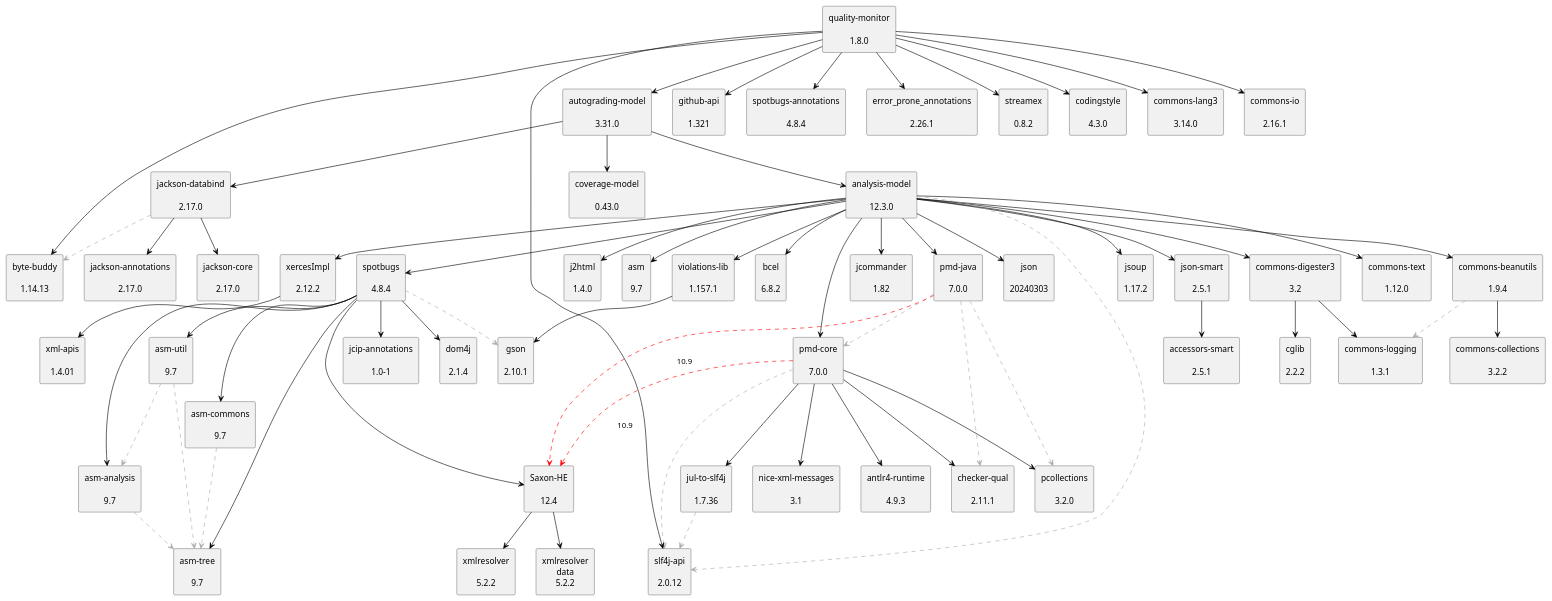
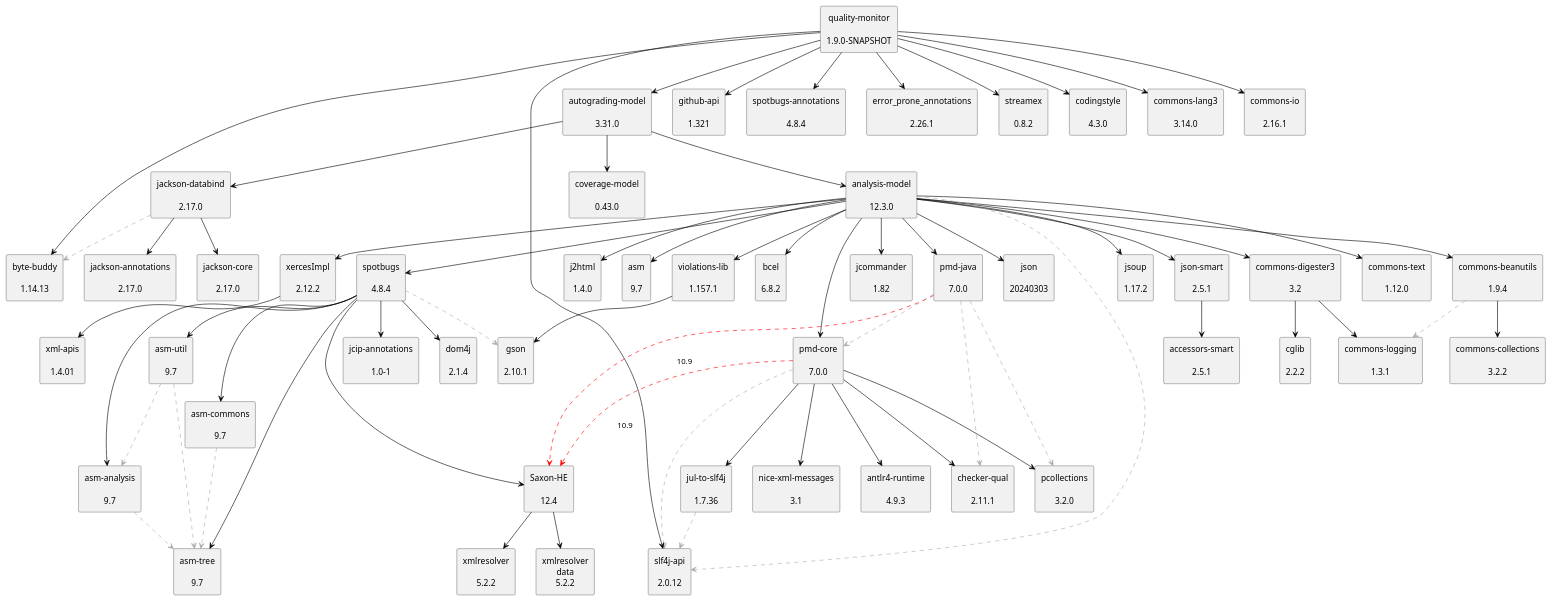
One commit to uhafner/quality-monitor changed the diagram in doc/dependency-graph.puml. Above: the diagram before and after it, drawn with PlantUML. The commit also changed 4 other files, not shown here.

```diff
--- a/doc/dependency-graph.puml
+++ b/doc/dependency-graph.puml
@@ -1,125 +1,125 @@
 @startuml
 skinparam defaultTextAlignment center
 skinparam rectangle {
   BackgroundColor<<optional>> beige
   BackgroundColor<<test>> lightGreen
   BackgroundColor<<runtime>> lightBlue
   BackgroundColor<<provided>> lightGray
 }
 rectangle "analysis-model\n\n12.3.0" as edu_hm_hafner_analysis_model_jar
 rectangle "jsoup\n\n1.17.2" as org_jsoup_jsoup_jar
 rectangle "commons-digester3\n\n3.2" as org_apache_commons_commons_digester3_jar
 rectangle "cglib\n\n2.2.2" as cglib_cglib_jar
 rectangle "commons-logging\n\n1.3.1" as commons_logging_commons_logging_jar
 rectangle "commons-beanutils\n\n1.9.4" as commons_beanutils_commons_beanutils_jar
 rectangle "commons-collections\n\n3.2.2" as commons_collections_commons_collections_jar
 rectangle "commons-text\n\n1.12.0" as org_apache_commons_commons_text_jar
 rectangle "violations-lib\n\n1.157.1" as se_bjurr_violations_violations_lib_jar
 rectangle "gson\n\n2.10.1" as com_google_code_gson_gson_jar
 rectangle "j2html\n\n1.4.0" as com_j2html_j2html_jar
 rectangle "xercesImpl\n\n2.12.2" as xerces_xercesImpl_jar
 rectangle "xml-apis\n\n1.4.01" as xml_apis_xml_apis_jar
 rectangle "asm\n\n9.7" as org_ow2_asm_asm_jar
 rectangle "asm-analysis\n\n9.7" as org_ow2_asm_asm_analysis_jar
 rectangle "asm-tree\n\n9.7" as org_ow2_asm_asm_tree_jar
 rectangle "spotbugs\n\n4.8.4" as com_github_spotbugs_spotbugs_jar
 rectangle "asm-commons\n\n9.7" as org_ow2_asm_asm_commons_jar
 rectangle "asm-util\n\n9.7" as org_ow2_asm_asm_util_jar
 rectangle "jcip-annotations\n\n1.0-1" as com_github_stephenc_jcip_jcip_annotations_jar
 rectangle "dom4j\n\n2.1.4" as org_dom4j_dom4j_jar
 rectangle "Saxon-HE\n\n12.4" as net_sf_saxon_Saxon_HE_jar
 rectangle "xmlresolver\n\n5.2.2" as org_xmlresolver_xmlresolver_jar
 rectangle "xmlresolver\ndata\n5.2.2" as org_xmlresolver_xmlresolver_jar_data
 rectangle "bcel\n\n6.8.2" as org_apache_bcel_bcel_jar
 rectangle "pmd-core\n\n7.0.0" as net_sourceforge_pmd_pmd_core_jar
 rectangle "slf4j-api\n\n2.0.12" as org_slf4j_slf4j_api_jar
 rectangle "jul-to-slf4j\n\n1.7.36" as org_slf4j_jul_to_slf4j_jar
 rectangle "antlr4-runtime\n\n4.9.3" as org_antlr_antlr4_runtime_jar
 rectangle "checker-qual\n\n2.11.1" as org_checkerframework_checker_qual_jar
 rectangle "pcollections\n\n3.2.0" as org_pcollections_pcollections_jar
 rectangle "nice-xml-messages\n\n3.1" as com_github_oowekyala_ooxml_nice_xml_messages_jar
 rectangle "jcommander\n\n1.82" as com_beust_jcommander_jar
 rectangle "pmd-java\n\n7.0.0" as net_sourceforge_pmd_pmd_java_jar
 rectangle "json\n\n20240303" as org_json_json_jar
 rectangle "json-smart\n\n2.5.1" as net_minidev_json_smart_jar
 rectangle "accessors-smart\n\n2.5.1" as net_minidev_accessors_smart_jar
 rectangle "autograding-model\n\n3.31.0" as edu_hm_hafner_autograding_model_jar
 rectangle "coverage-model\n\n0.43.0" as edu_hm_hafner_coverage_model_jar
 rectangle "jackson-databind\n\n2.17.0" as com_fasterxml_jackson_core_jackson_databind_jar
 rectangle "jackson-annotations\n\n2.17.0" as com_fasterxml_jackson_core_jackson_annotations_jar
 rectangle "jackson-core\n\n2.17.0" as com_fasterxml_jackson_core_jackson_core_jar
 rectangle "byte-buddy\n\n1.14.13" as net_bytebuddy_byte_buddy_jar
-rectangle "quality-monitor\n\n1.8.0" as edu_hm_hafner_quality_monitor_jar
+rectangle "quality-monitor\n\n1.9.0-SNAPSHOT" as edu_hm_hafner_quality_monitor_jar
 rectangle "github-api\n\n1.321" as org_kohsuke_github_api_jar
 rectangle "spotbugs-annotations\n\n4.8.4" as com_github_spotbugs_spotbugs_annotations_jar
 rectangle "error_prone_annotations\n\n2.26.1" as com_google_errorprone_error_prone_annotations_jar
 rectangle "streamex\n\n0.8.2" as one_util_streamex_jar
 rectangle "codingstyle\n\n4.3.0" as edu_hm_hafner_codingstyle_jar
 rectangle "commons-lang3\n\n3.14.0" as org_apache_commons_commons_lang3_jar
 rectangle "commons-io\n\n2.16.1" as commons_io_commons_io_jar
 edu_hm_hafner_analysis_model_jar -[#000000]-> org_jsoup_jsoup_jar
 org_apache_commons_commons_digester3_jar -[#000000]-> cglib_cglib_jar
 org_apache_commons_commons_digester3_jar -[#000000]-> commons_logging_commons_logging_jar
 edu_hm_hafner_analysis_model_jar -[#000000]-> org_apache_commons_commons_digester3_jar
 commons_beanutils_commons_beanutils_jar .[#ABABAB].> commons_logging_commons_logging_jar
 commons_beanutils_commons_beanutils_jar -[#000000]-> commons_collections_commons_collections_jar
 edu_hm_hafner_analysis_model_jar -[#000000]-> commons_beanutils_commons_beanutils_jar
 edu_hm_hafner_analysis_model_jar -[#000000]-> org_apache_commons_commons_text_jar
 se_bjurr_violations_violations_lib_jar -[#000000]-> com_google_code_gson_gson_jar
 edu_hm_hafner_analysis_model_jar -[#000000]-> se_bjurr_violations_violations_lib_jar
 edu_hm_hafner_analysis_model_jar -[#000000]-> com_j2html_j2html_jar
 xerces_xercesImpl_jar -[#000000]-> xml_apis_xml_apis_jar
 edu_hm_hafner_analysis_model_jar -[#000000]-> xerces_xercesImpl_jar
 edu_hm_hafner_analysis_model_jar -[#000000]-> org_ow2_asm_asm_jar
 org_ow2_asm_asm_analysis_jar .[#ABABAB].> org_ow2_asm_asm_tree_jar
 com_github_spotbugs_spotbugs_jar -[#000000]-> org_ow2_asm_asm_analysis_jar
 org_ow2_asm_asm_commons_jar .[#ABABAB].> org_ow2_asm_asm_tree_jar
 com_github_spotbugs_spotbugs_jar -[#000000]-> org_ow2_asm_asm_commons_jar
 com_github_spotbugs_spotbugs_jar -[#000000]-> org_ow2_asm_asm_tree_jar
 org_ow2_asm_asm_util_jar .[#ABABAB].> org_ow2_asm_asm_tree_jar
 org_ow2_asm_asm_util_jar .[#ABABAB].> org_ow2_asm_asm_analysis_jar
 com_github_spotbugs_spotbugs_jar -[#000000]-> org_ow2_asm_asm_util_jar
 com_github_spotbugs_spotbugs_jar -[#000000]-> com_github_stephenc_jcip_jcip_annotations_jar
 com_github_spotbugs_spotbugs_jar -[#000000]-> org_dom4j_dom4j_jar
 com_github_spotbugs_spotbugs_jar .[#ABABAB].> com_google_code_gson_gson_jar
 net_sf_saxon_Saxon_HE_jar -[#000000]-> org_xmlresolver_xmlresolver_jar
 net_sf_saxon_Saxon_HE_jar -[#000000]-> org_xmlresolver_xmlresolver_jar_data
 com_github_spotbugs_spotbugs_jar -[#000000]-> net_sf_saxon_Saxon_HE_jar
 edu_hm_hafner_analysis_model_jar -[#000000]-> com_github_spotbugs_spotbugs_jar
 edu_hm_hafner_analysis_model_jar -[#000000]-> org_apache_bcel_bcel_jar
 net_sourceforge_pmd_pmd_core_jar .[#ABABAB].> org_slf4j_slf4j_api_jar
 org_slf4j_jul_to_slf4j_jar .[#ABABAB].> org_slf4j_slf4j_api_jar
 net_sourceforge_pmd_pmd_core_jar -[#000000]-> org_slf4j_jul_to_slf4j_jar
 net_sourceforge_pmd_pmd_core_jar -[#000000]-> org_antlr_antlr4_runtime_jar
 net_sourceforge_pmd_pmd_core_jar .[#FF0000].> net_sf_saxon_Saxon_HE_jar: 10.9
 net_sourceforge_pmd_pmd_core_jar -[#000000]-> org_checkerframework_checker_qual_jar
 net_sourceforge_pmd_pmd_core_jar -[#000000]-> org_pcollections_pcollections_jar
 net_sourceforge_pmd_pmd_core_jar -[#000000]-> com_github_oowekyala_ooxml_nice_xml_messages_jar
 edu_hm_hafner_analysis_model_jar -[#000000]-> net_sourceforge_pmd_pmd_core_jar
 edu_hm_hafner_analysis_model_jar -[#000000]-> com_beust_jcommander_jar
 net_sourceforge_pmd_pmd_java_jar .[#ABABAB].> net_sourceforge_pmd_pmd_core_jar
 net_sourceforge_pmd_pmd_java_jar .[#ABABAB].> org_checkerframework_checker_qual_jar
 net_sourceforge_pmd_pmd_java_jar .[#FF0000].> net_sf_saxon_Saxon_HE_jar: 10.9
 net_sourceforge_pmd_pmd_java_jar .[#ABABAB].> org_pcollections_pcollections_jar
 edu_hm_hafner_analysis_model_jar -[#000000]-> net_sourceforge_pmd_pmd_java_jar
 edu_hm_hafner_analysis_model_jar -[#000000]-> org_json_json_jar
 net_minidev_json_smart_jar -[#000000]-> net_minidev_accessors_smart_jar
 edu_hm_hafner_analysis_model_jar -[#000000]-> net_minidev_json_smart_jar
 edu_hm_hafner_analysis_model_jar .[#ABABAB].> org_slf4j_slf4j_api_jar
 edu_hm_hafner_autograding_model_jar -[#000000]-> edu_hm_hafner_analysis_model_jar
 edu_hm_hafner_autograding_model_jar -[#000000]-> edu_hm_hafner_coverage_model_jar
 com_fasterxml_jackson_core_jackson_databind_jar -[#000000]-> com_fasterxml_jackson_core_jackson_annotations_jar
 com_fasterxml_jackson_core_jackson_databind_jar -[#000000]-> com_fasterxml_jackson_core_jackson_core_jar
 com_fasterxml_jackson_core_jackson_databind_jar .[#ABABAB].> net_bytebuddy_byte_buddy_jar
 edu_hm_hafner_autograding_model_jar -[#000000]-> com_fasterxml_jackson_core_jackson_databind_jar
 edu_hm_hafner_quality_monitor_jar -[#000000]-> edu_hm_hafner_autograding_model_jar
 edu_hm_hafner_quality_monitor_jar -[#000000]-> org_kohsuke_github_api_jar
 edu_hm_hafner_quality_monitor_jar -[#000000]-> org_slf4j_slf4j_api_jar
 edu_hm_hafner_quality_monitor_jar -[#000000]-> com_github_spotbugs_spotbugs_annotations_jar
 edu_hm_hafner_quality_monitor_jar -[#000000]-> com_google_errorprone_error_prone_annotations_jar
 edu_hm_hafner_quality_monitor_jar -[#000000]-> one_util_streamex_jar
 edu_hm_hafner_quality_monitor_jar -[#000000]-> edu_hm_hafner_codingstyle_jar
 edu_hm_hafner_quality_monitor_jar -[#000000]-> org_apache_commons_commons_lang3_jar
 edu_hm_hafner_quality_monitor_jar -[#000000]-> commons_io_commons_io_jar
 edu_hm_hafner_quality_monitor_jar -[#000000]-> net_bytebuddy_byte_buddy_jar
 @enduml
```
